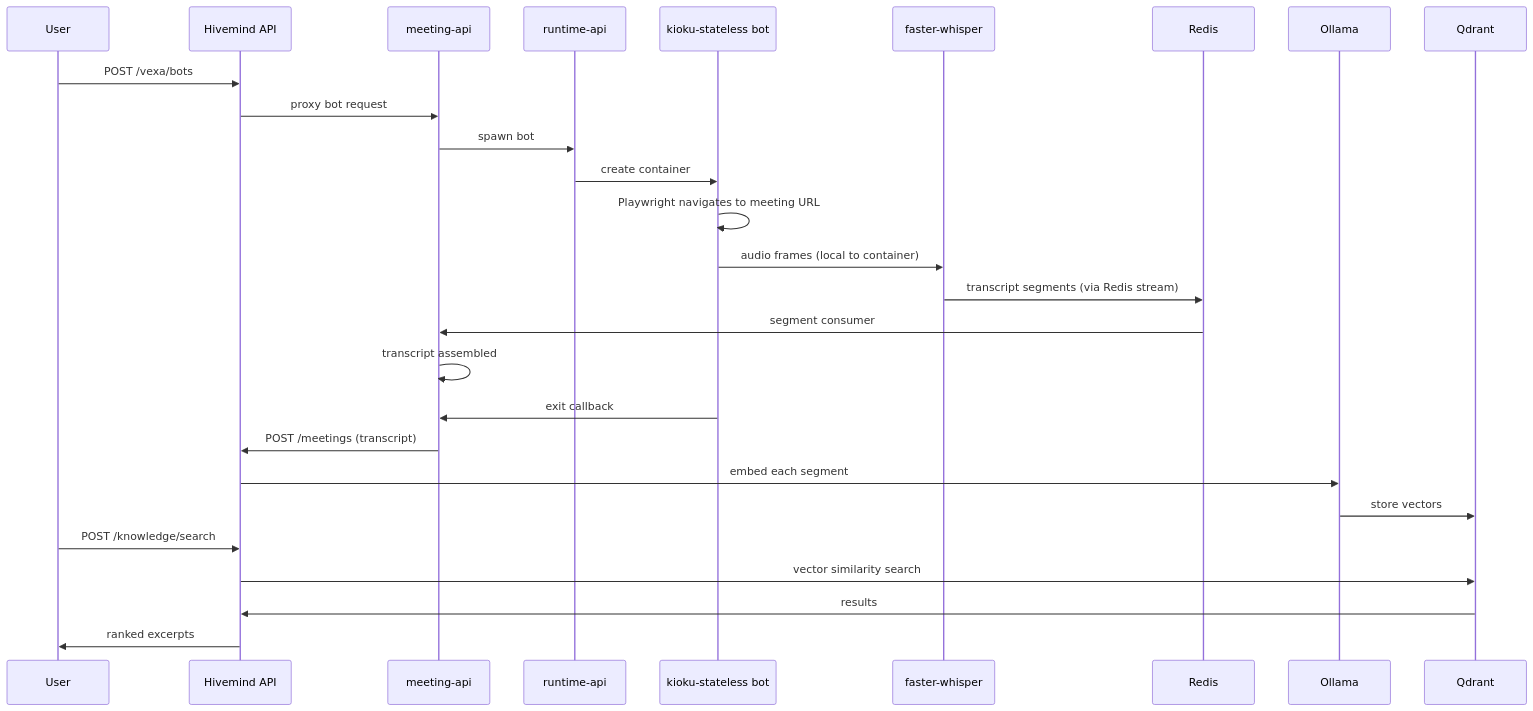
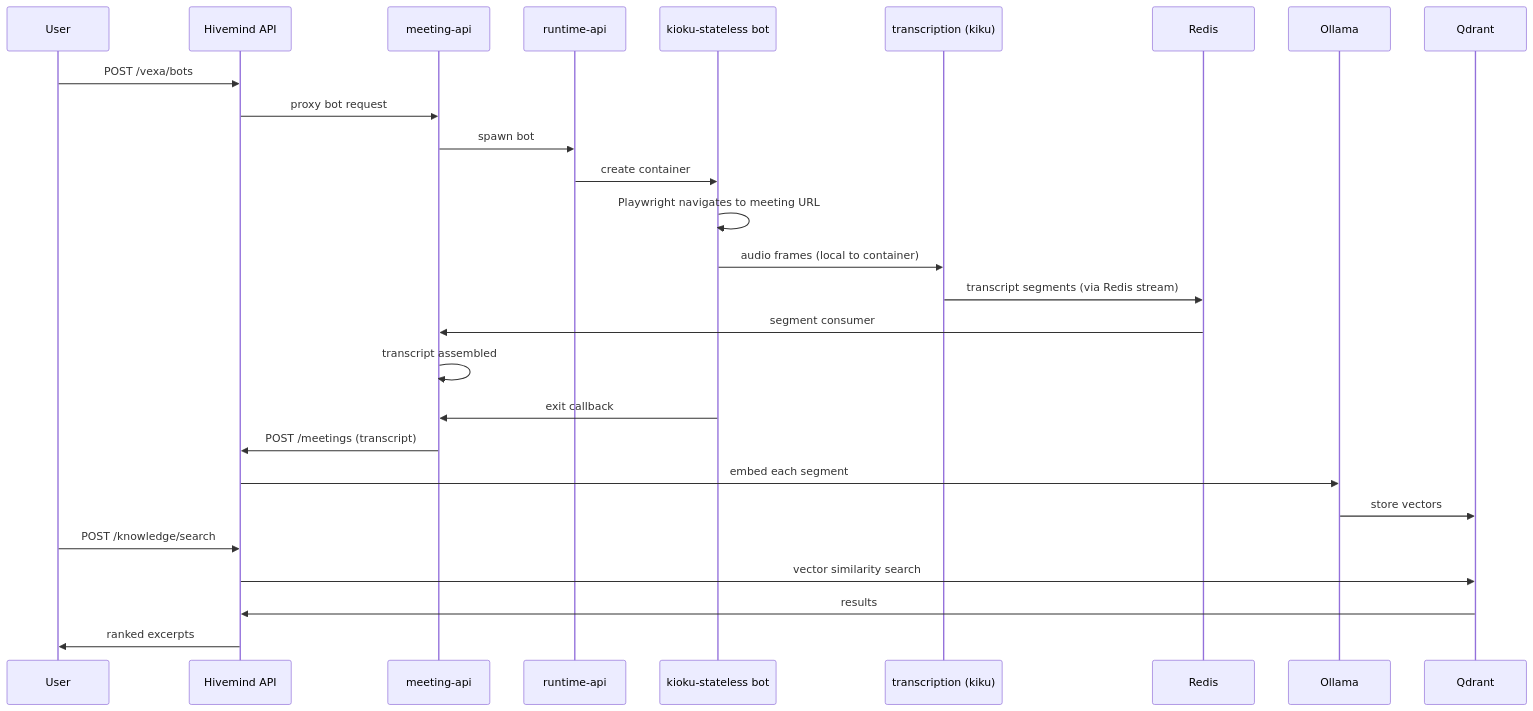
One commit to kioku-org/kioku changed the diagram in docs/security/data-flow.md. Above: the diagram before and after it, drawn with Mermaid. The commit also changed other lines of this file and 31 other files, not shown here.

````diff
--- a/docs/security/data-flow.md
+++ b/docs/security/data-flow.md
@@ -11,30 +11,30 @@
 ```mermaid
 sequenceDiagram
     participant U as User
     participant HM as Hivemind API
     participant MA as meeting-api
     participant RA as runtime-api
     participant BOT as kioku-stateless bot
-    participant WH as faster-whisper
+    participant WH as transcription (kiku)
     participant RD as Redis
     participant OL as Ollama
     participant QD as Qdrant
 
     U->>HM: POST /vexa/bots
     HM->>MA: proxy bot request
     MA->>RA: spawn bot
     RA->>BOT: create container
     BOT->>BOT: Playwright navigates to meeting URL
     BOT->>WH: audio frames (local to container)
     WH->>RD: transcript segments (via Redis stream)
     RD->>MA: segment consumer
     MA->>MA: transcript assembled
     BOT->>MA: exit callback
     MA->>HM: POST /meetings (transcript)
     HM->>OL: embed each segment
     OL->>QD: store vectors
     U->>HM: POST /knowledge/search
     HM->>QD: vector similarity search
     QD->>HM: results
     HM->>U: ranked excerpts
 ```
````
